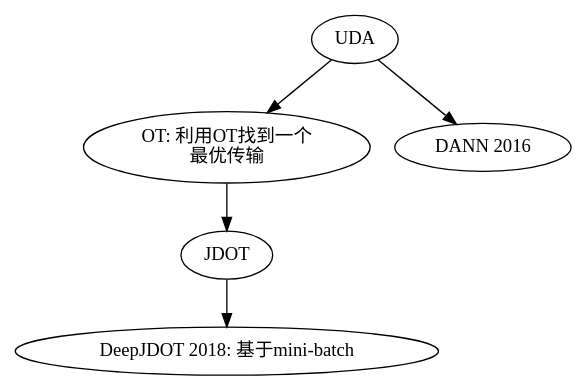
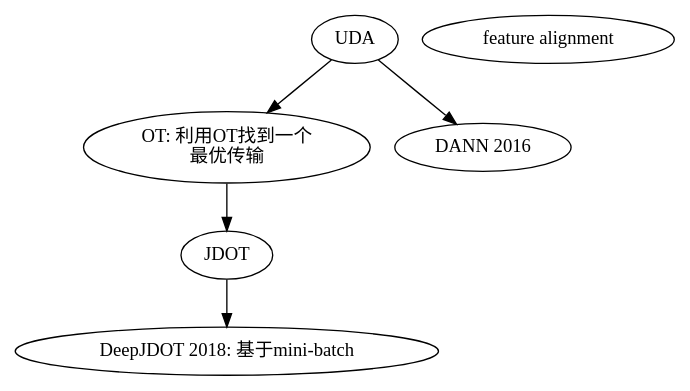
The diagram in paper-dag/uda.dot (chanhal/harxiv), drawn with Graphviz before and after one commit. The commit also changed 1 other file, not shown here.

```diff
--- a/paper-dag/uda.dot
+++ b/paper-dag/uda.dot
@@ -1,13 +1,15 @@
 digraph pic { 
   // 关系
   UDA -> OT;
   UDA -> DANN;
   OT -> JDOT;
   JDOT -> DeepJDOT;
   
   // 节点定义
   OT [label="OT: 利用OT找到一个\n最优传输"];
   DANN [label="DANN 2016"];
   DeepJDOT [label="DeepJDOT 2018: 基于mini-batch"];
   
+  type1[label="feature alignment"];
+
 }
```
